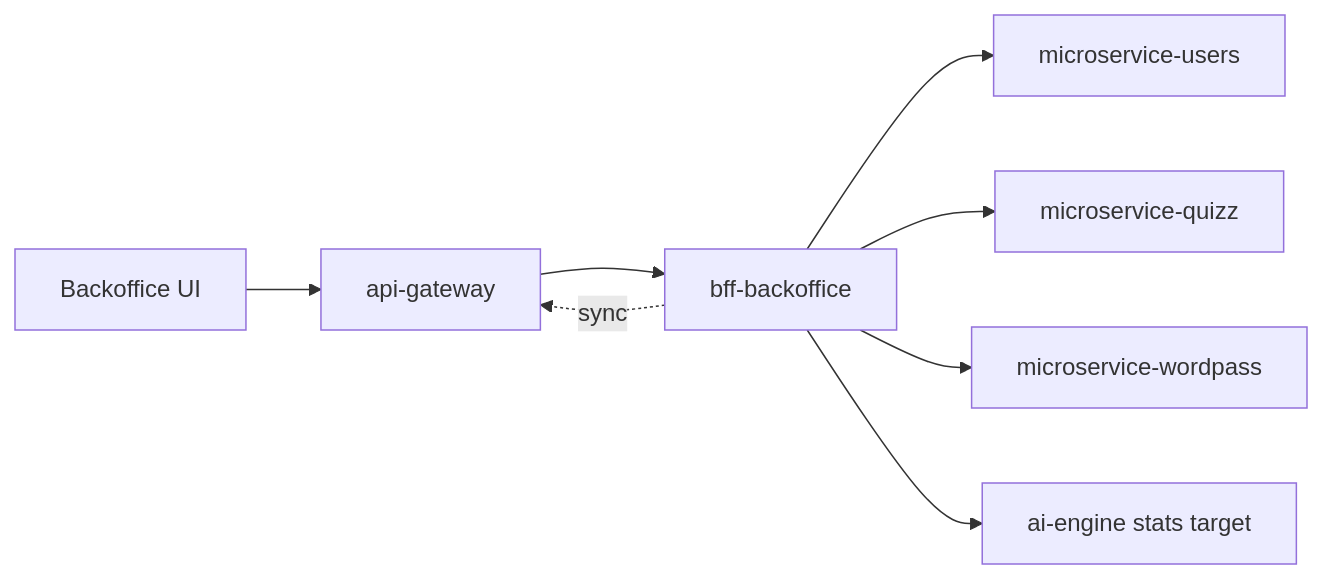
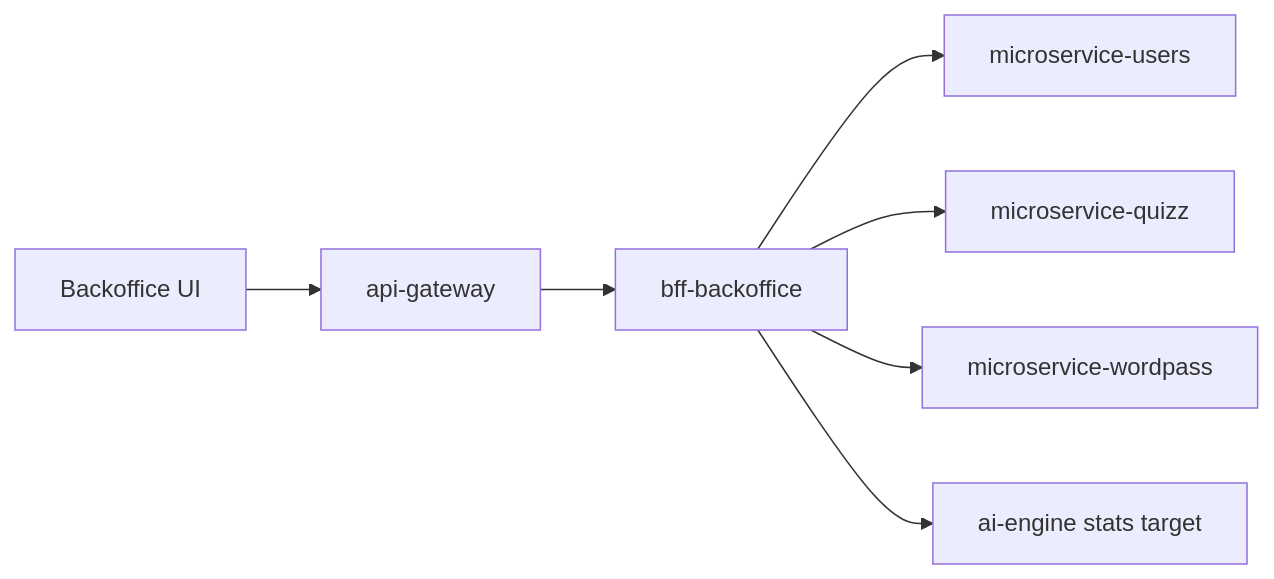
The diagram in README.md (AxiomNode/bff-backoffice), drawn with Mermaid before and after one commit. The commit also changed other lines of this file and 4 other files, not shown here.

Commit message:
docs: remove stale routing-plane and gateway sync mentions (#11)

````diff
--- a/README.md
+++ b/README.md
@@ -17,10 +17,9 @@
 ```mermaid
 flowchart LR
 	Backoffice[Backoffice UI] --> Gateway[api-gateway]
 	Gateway --> BFF[bff-backoffice]
 	BFF --> Users[microservice-users]
 	BFF --> Quiz[microservice-quizz]
 	BFF --> Wordpass[microservice-wordpass]
 	BFF --> AIStats[ai-engine stats target]
-	BFF -. sync .-> Gateway
 ```
````
